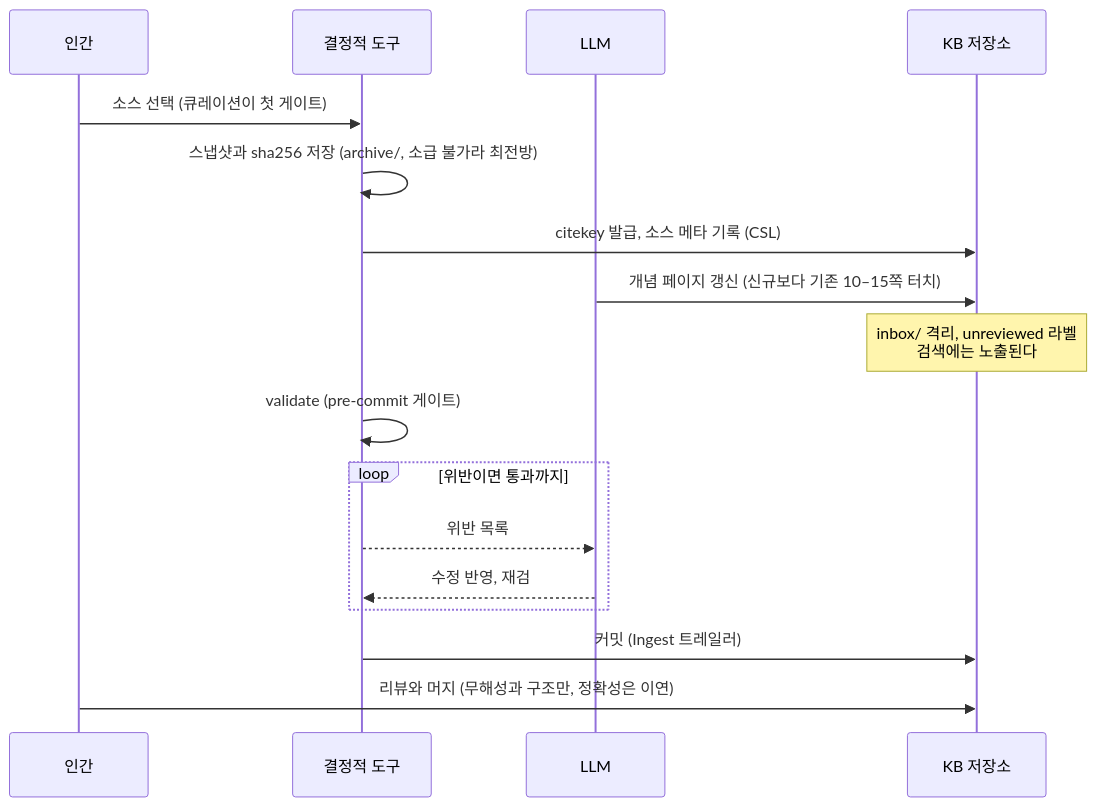
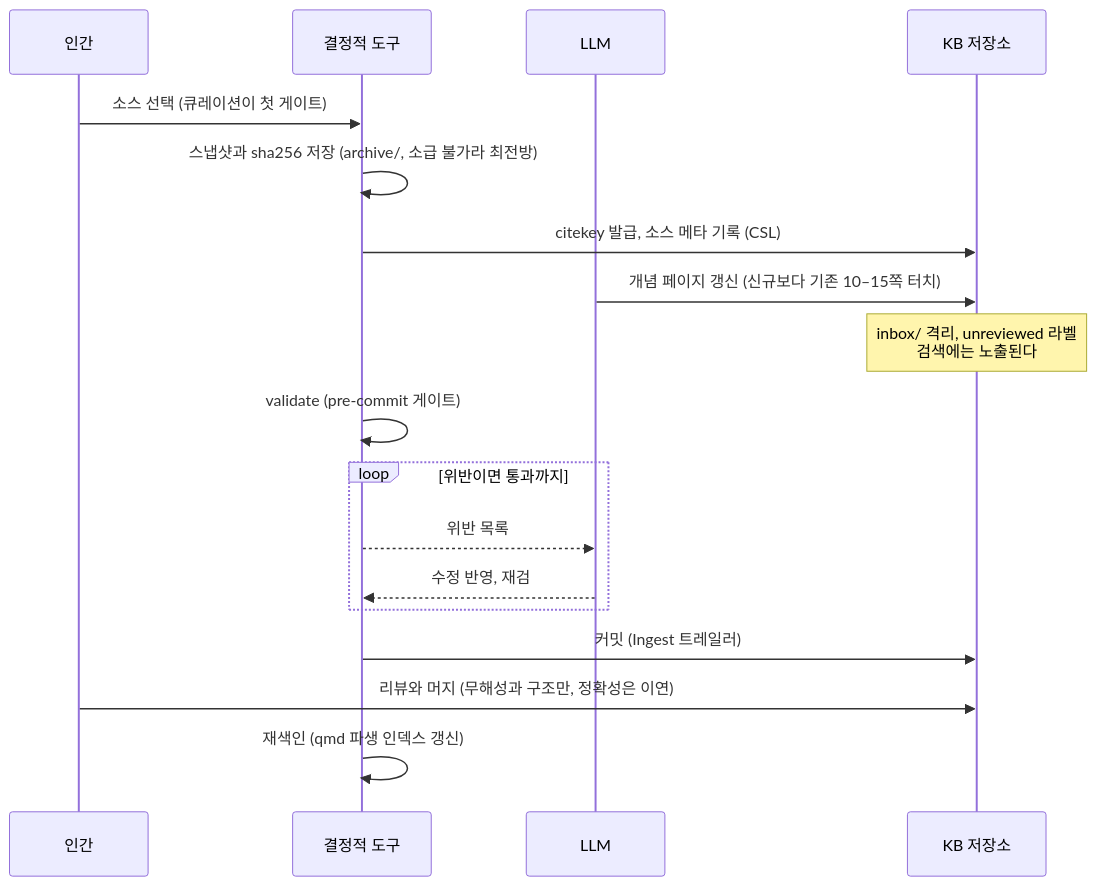
The second of 4 diagrams in README.md (alteralab/syntopicon), drawn with Mermaid before and after one commit. The commit also changed other lines of this file, not shown here.

````diff
--- a/README.md
+++ b/README.md
@@ -47,21 +47,22 @@
 ```mermaid
 %%{init: {"sequence": {"width": 140, "messageMargin": 28, "boxMargin": 12}}}%%
 sequenceDiagram
     participant H as 인간
     participant T as 결정적 도구
     participant L as LLM
     participant K as KB 저장소
 
     H->>T: 소스 선택 (큐레이션이 첫 게이트)
     T->>T: 스냅샷과 sha256 저장 (archive/, 소급 불가라 최전방)
     T->>K: citekey 발급, 소스 메타 기록 (CSL)
     L->>K: 개념 페이지 갱신 (신규보다 기존 10–15쪽 터치)
     note over K: inbox/ 격리, unreviewed 라벨<br/>검색에는 노출된다
     T->>T: validate (pre-commit 게이트)
     loop 위반이면 통과까지
         T-->>L: 위반 목록
         L-->>T: 수정 반영, 재검
     end
     T->>K: 커밋 (Ingest 트레일러)
     H->>K: 리뷰와 머지 (무해성과 구조만, 정확성은 이연)
+    T->>T: 재색인 (qmd 파생 인덱스 갱신)
 ```
````
